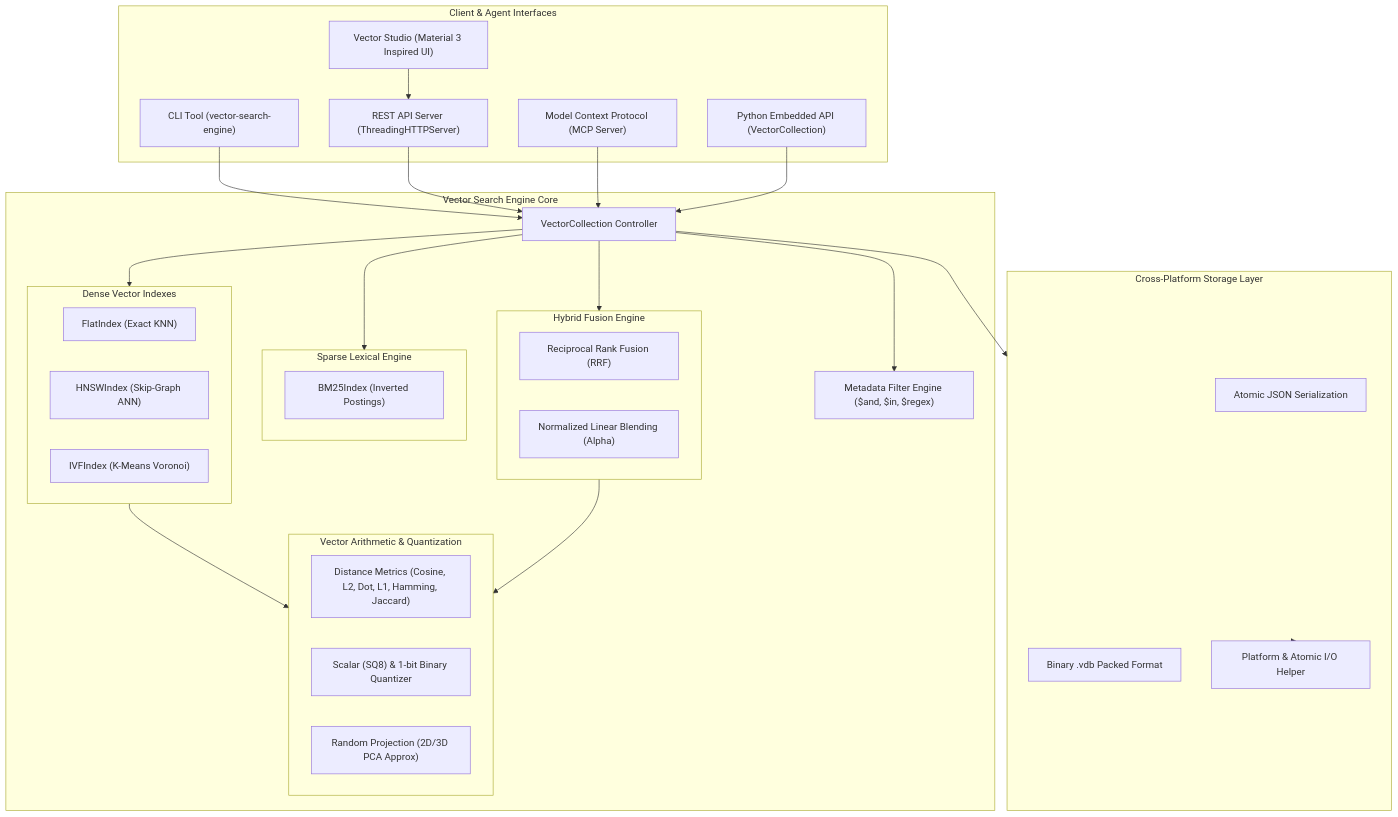
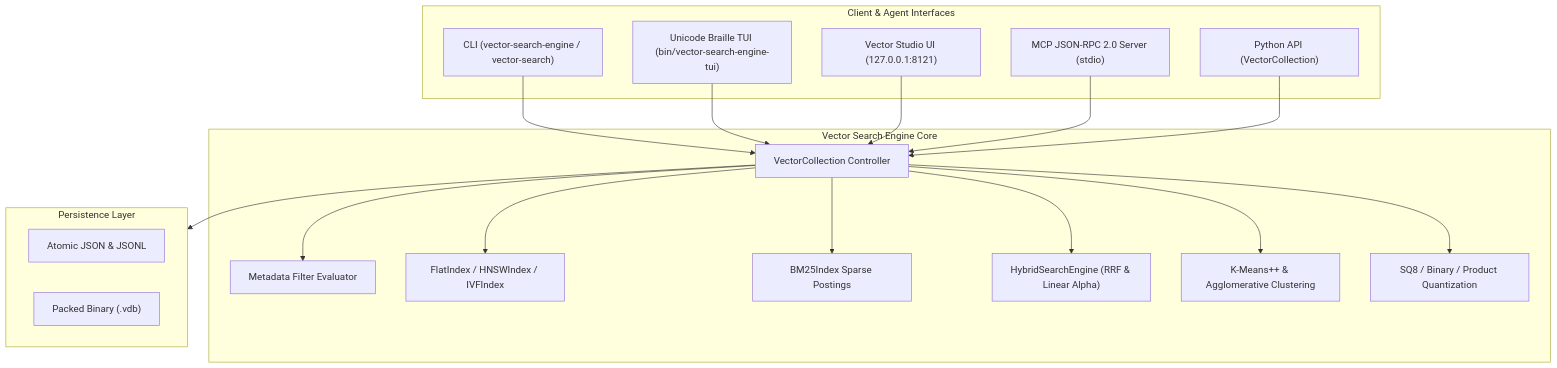
The diagram in README.md (1nc0gn30/vector-search-engine), drawn with Mermaid before and after one commit. The commit also changed other lines of this file and 5 other files, not shown here.

````diff
--- a/README.md
+++ b/README.md
@@ -59,58 +35,38 @@
 ```mermaid
 flowchart TD
-    subgraph ClientInterfaces["Client & Agent Interfaces"]
-        CLI["CLI Tool (vector-search-engine)"]
-        Studio["Vector Studio (Material 3 Inspired UI)"]
-        MCP["Model Context Protocol (MCP Server)"]
-        REST["REST API Server (ThreadingHTTPServer)"]
-        PyAPI["Python Embedded API (VectorCollection)"]
+    subgraph Interfaces["Client & Agent Interfaces"]
+        CLI["CLI (vector-search-engine / vector-search)"]
+        TUI["Unicode Braille TUI (bin/vector-search-engine-tui)"]
+        Studio["Vector Studio UI (127.0.0.1:8121)"]
+        MCP["MCP JSON-RPC 2.0 Server (stdio)"]
+        PyAPI["Python API (VectorCollection)"]
     end
 
-    subgraph CoreEngine["Vector Search Engine Core"]
+    subgraph Core["Vector Search Engine Core"]
         Col["VectorCollection Controller"]
-        MetaFilter["Metadata Filter Engine ($and, $in, $regex)"]
-        
-        subgraph Indexes["Dense Vector Indexes"]
-            Flat["FlatIndex (Exact KNN)"]
-            HNSW["HNSWIndex (Skip-Graph ANN)"]
-            IVF["IVFIndex (K-Means Voronoi)"]
-        end
-
-        subgraph SparseEngine["Sparse Lexical Engine"]
-            BM25["BM25Index (Inverted Postings)"]
-        end
-
-        subgraph Fusion["Hybrid Fusion Engine"]
-            RRF["Reciprocal Rank Fusion (RRF)"]
-            Linear["Normalized Linear Blending (Alpha)"]
-        end
-
-        subgraph Math["Vector Arithmetic & Quantization"]
-            Dist["Distance Metrics (Cosine, L2, Dot, L1, Hamming, Jaccard)"]
-            Quant["Scalar (SQ8) & 1-bit Binary Quantizer"]
-            Proj["Random Projection (2D/3D PCA Approx)"]
-        end
+        Filter["Metadata Filter Evaluator"]
+        Indexes["FlatIndex / HNSWIndex / IVFIndex"]
+        BM25["BM25Index Sparse Postings"]
+        Hybrid["HybridSearchEngine (RRF & Linear Alpha)"]
+        Cluster["K-Means++ & Agglomerative Clustering"]
+        Quant["SQ8 / Binary / Product Quantization"]
     end
 
-    subgraph Persistence["Cross-Platform Storage Layer"]
-        JSONStore["Atomic JSON Serialization"]
-        BinStore["Binary .vdb Packed Format"]
-        Compat["Platform & Atomic I/O Helper"]
+    subgraph Storage["Persistence Layer"]
+        JSONStore["Atomic JSON & JSONL"]
+        BinStore["Packed Binary (.vdb)"]
     end
 
     CLI --> Col
-    Studio --> REST
-    REST --> Col
+    TUI --> Col
+    Studio --> Col
     MCP --> Col
     PyAPI --> Col
-
-    Col --> MetaFilter
+    Col --> Filter
     Col --> Indexes
-    Col --> SparseEngine
-    Col --> Fusion
-    Indexes --> Math
-    Fusion --> Math
-
-    Col --> Persistence
-    Persistence --> Compat
+    Col --> BM25
+    Col --> Hybrid
+    Col --> Cluster
+    Col --> Quant
+    Col --> Storage
 ```
````
